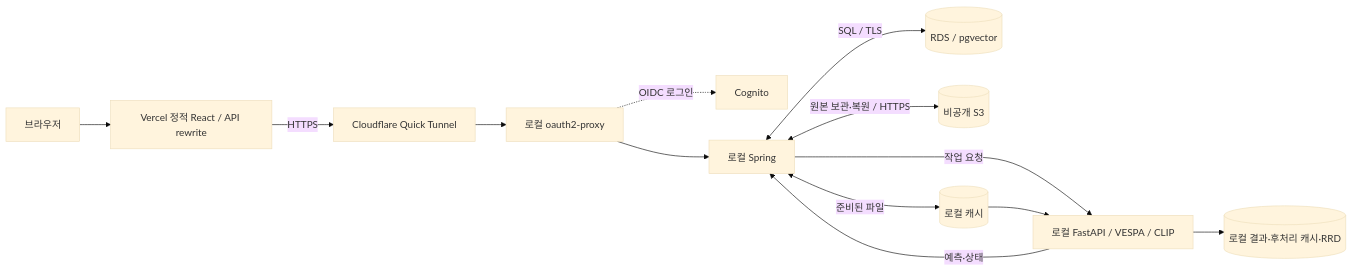
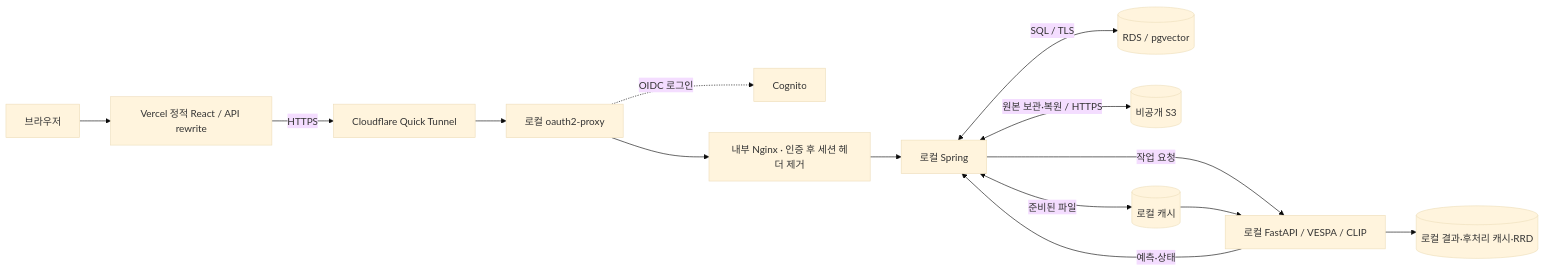
The diagram in docs/architecture-and-measurement-2026-11-12.md (DriveScene2Label-Team/DriveScene2Label), drawn with Mermaid (base theme) before and after one commit. The commit also changed other lines of this file and 14 other files, not shown here.

````diff
--- a/docs/architecture-and-measurement-2026-11-12.md
+++ b/docs/architecture-and-measurement-2026-11-12.md
@@ -31,15 +31,16 @@
 ```mermaid
 flowchart LR
   U[브라우저] --> V[Vercel 정적 React / API rewrite]
   V -->|HTTPS| T[Cloudflare Quick Tunnel]
   T --> A[로컬 oauth2-proxy]
   A -. OIDC 로그인 .-> C[Cognito]
-  A --> B[로컬 Spring]
+  A --> N[내부 Nginx · 인증 후 세션 헤더 제거]
+  N --> B[로컬 Spring]
   B <-->|SQL / TLS| D[(RDS / pgvector)]
   B <-->|원본 보관·복원 / HTTPS| S[(비공개 S3)]
   B <-->|준비된 파일| F[(로컬 캐시)]
   B -->|작업 요청| G[로컬 FastAPI / VESPA / CLIP]
   F --> G
   G --> R[(로컬 결과·후처리 캐시·RRD)]
   G -->|예측·상태| B
 ```
````
